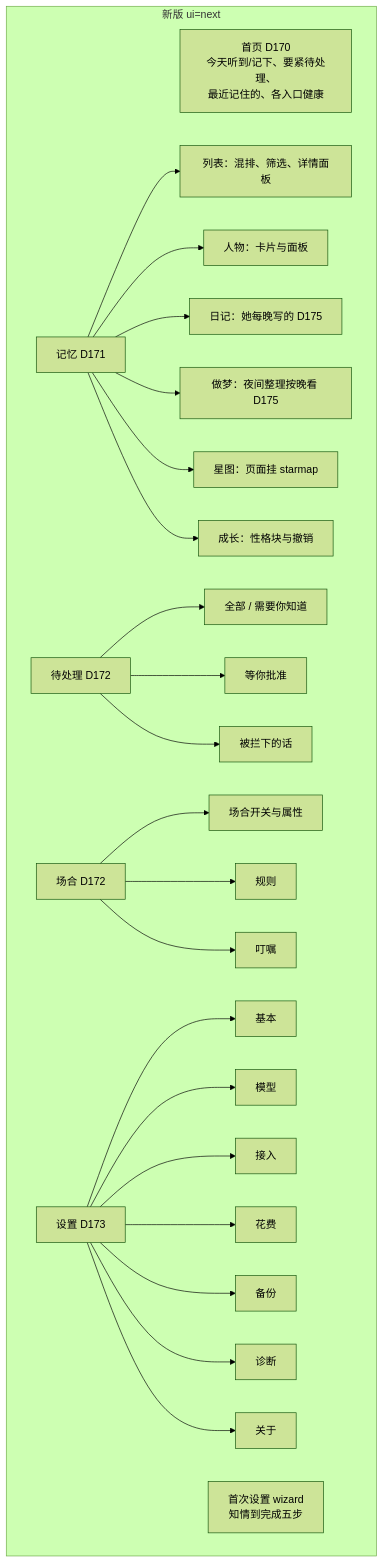
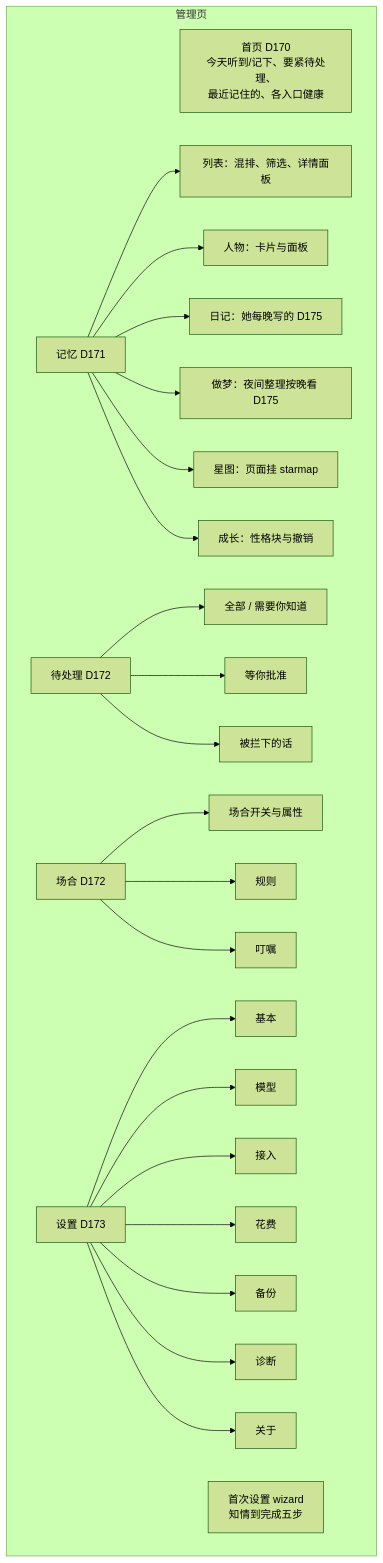
Diagram 13 of 13 in docs/图解.md (QiuYeDx/dsh-rugu), drawn with Mermaid (forest theme) before and after one commit. The commit also changed other lines of this file and 34 other files, not shown here.

````diff
--- a/docs/图解.md
+++ b/docs/图解.md
@@ -427,30 +425,30 @@
 ```mermaid
 flowchart TB
-  subgraph NAV["新版 ui=next"]
+  subgraph NAV["管理页"]
     H["首页 D170<br/>今天听到/记下、要紧待处理、<br/>最近记住的、各入口健康"]
     M["记忆 D171"]
     M --> ML["列表：混排、筛选、详情面板"]
     M --> MP["人物：卡片与面板"]
     M --> MD["日记：她每晚写的 D175"]
     M --> MN["做梦：夜间整理按晚看 D175"]
     M --> MS["星图：页面挂 starmap"]
     M --> MG["成长：性格块与撤销"]
     P["待处理 D172"]
     P --> PA["全部 / 需要你知道"]
     P --> PB["等你批准"]
     P --> PC["被拦下的话"]
     PL["场合 D172"]
     PL --> PLS["场合开关与属性"]
     PL --> PLR["规则"]
     PL --> PLL["叮嘱"]
     S["设置 D173"]
     S --> SB["基本"]
     S --> SM["模型"]
     S --> SC["接入"]
     S --> SK["花费"]
     S --> SU["备份"]
     S --> SD["诊断"]
     S --> SA["关于"]
     W["首次设置 wizard<br/>知情到完成五步"]
   end
 ```
````
